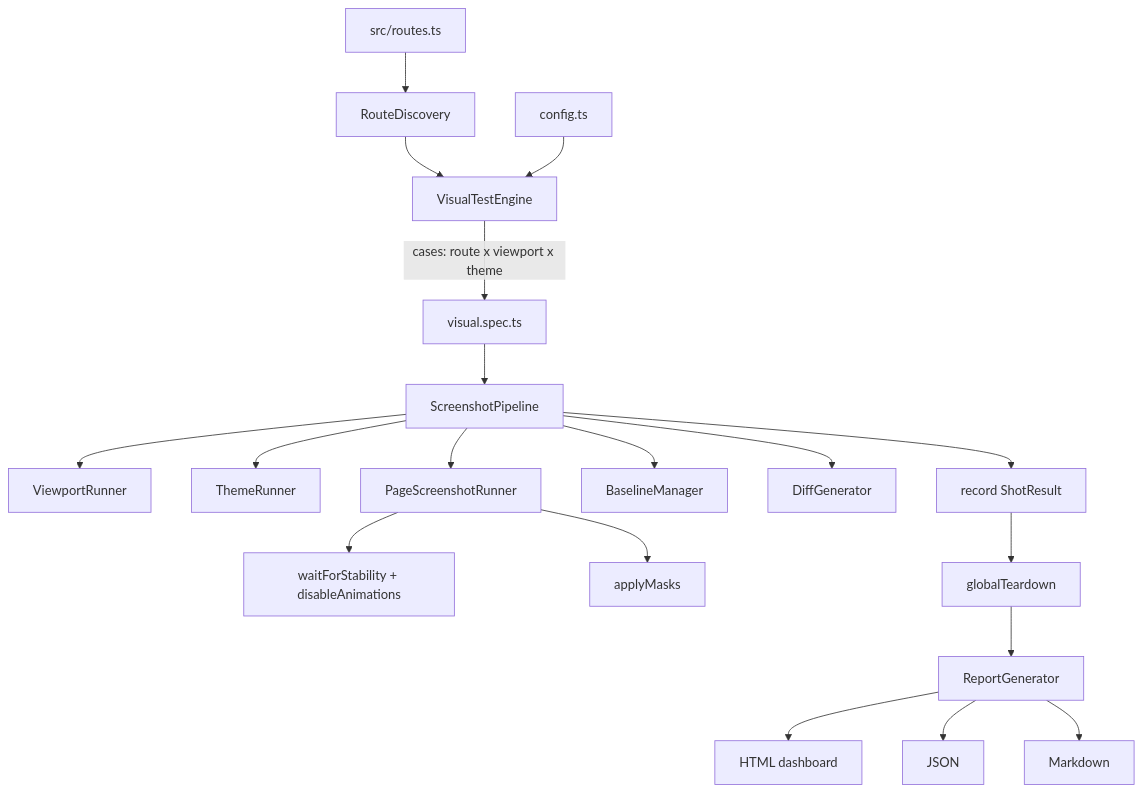
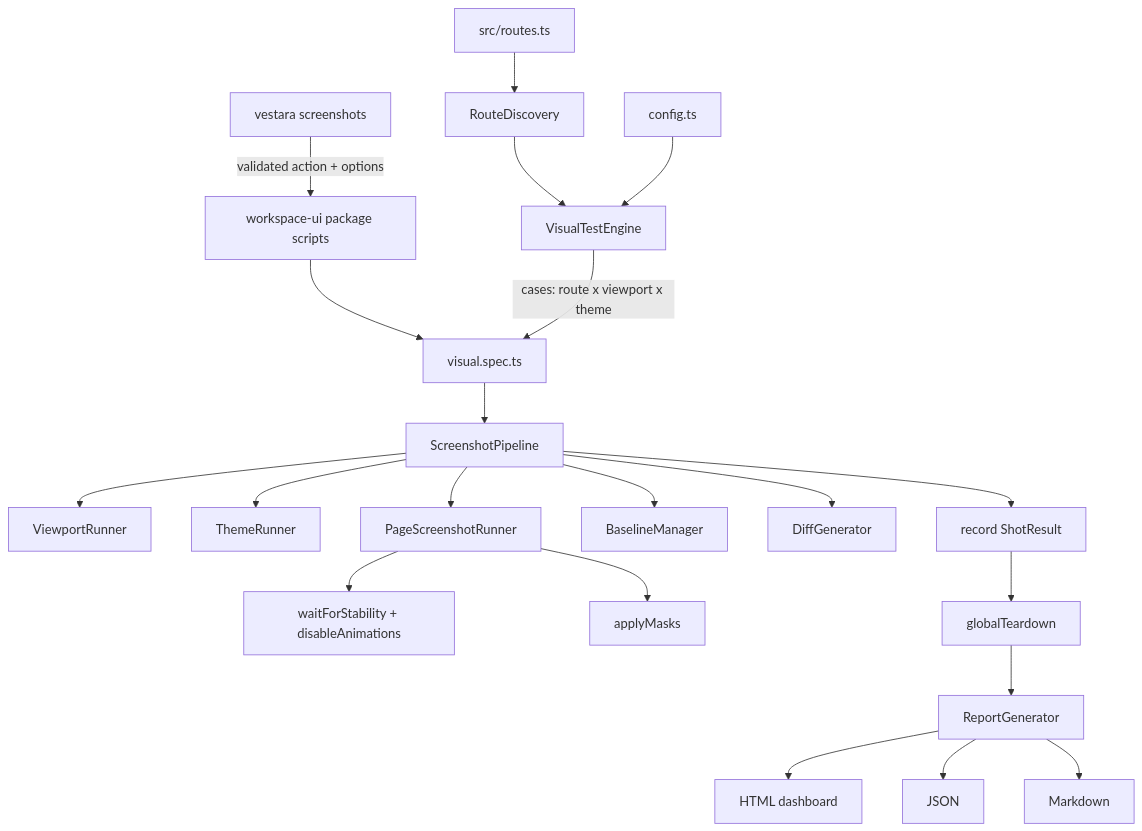
Before and after one commit to evillan0315/vestara-ai-core: the diagram in apps/workspace/tests/visual/docs/ARCHITECTURE.md, drawn with Mermaid. The commit also changed other lines of this file and 60 other files, not shown here.

````diff
--- a/apps/workspace/tests/visual/docs/ARCHITECTURE.md
+++ b/apps/workspace/tests/visual/docs/ARCHITECTURE.md
@@ -11,21 +11,23 @@
 ```mermaid
 flowchart TD
+    CLI[vestara screenshots] -->|validated action + options| PNPM[workspace-ui package scripts]
+    PNPM --> S
     R[src/routes.ts] --> D[RouteDiscovery]
     D --> E[VisualTestEngine]
     C[config.ts] --> E
     E -->|cases: route x viewport x theme| S[visual.spec.ts]
     S --> P[ScreenshotPipeline]
     P --> V[ViewportRunner]
     P --> T[ThemeRunner]
     P --> PG[PageScreenshotRunner]
     PG --> ST[waitForStability + disableAnimations]
     PG --> M[applyMasks]
     P --> B[BaselineManager]
     P --> DG[DiffGenerator]
     P --> R1[record ShotResult]
     R1 --> GT[globalTeardown]
     GT --> RG[ReportGenerator]
     RG --> H[HTML dashboard]
     RG --> J[JSON]
     RG --> MD[Markdown]
 ```
````
